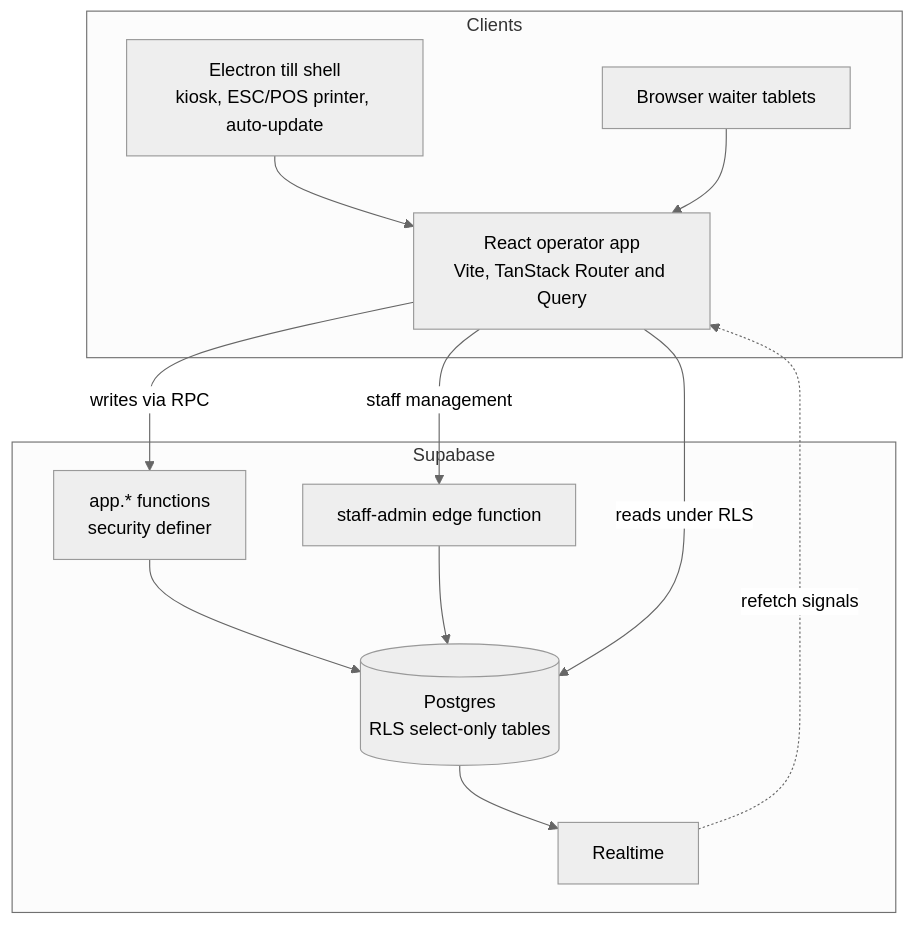
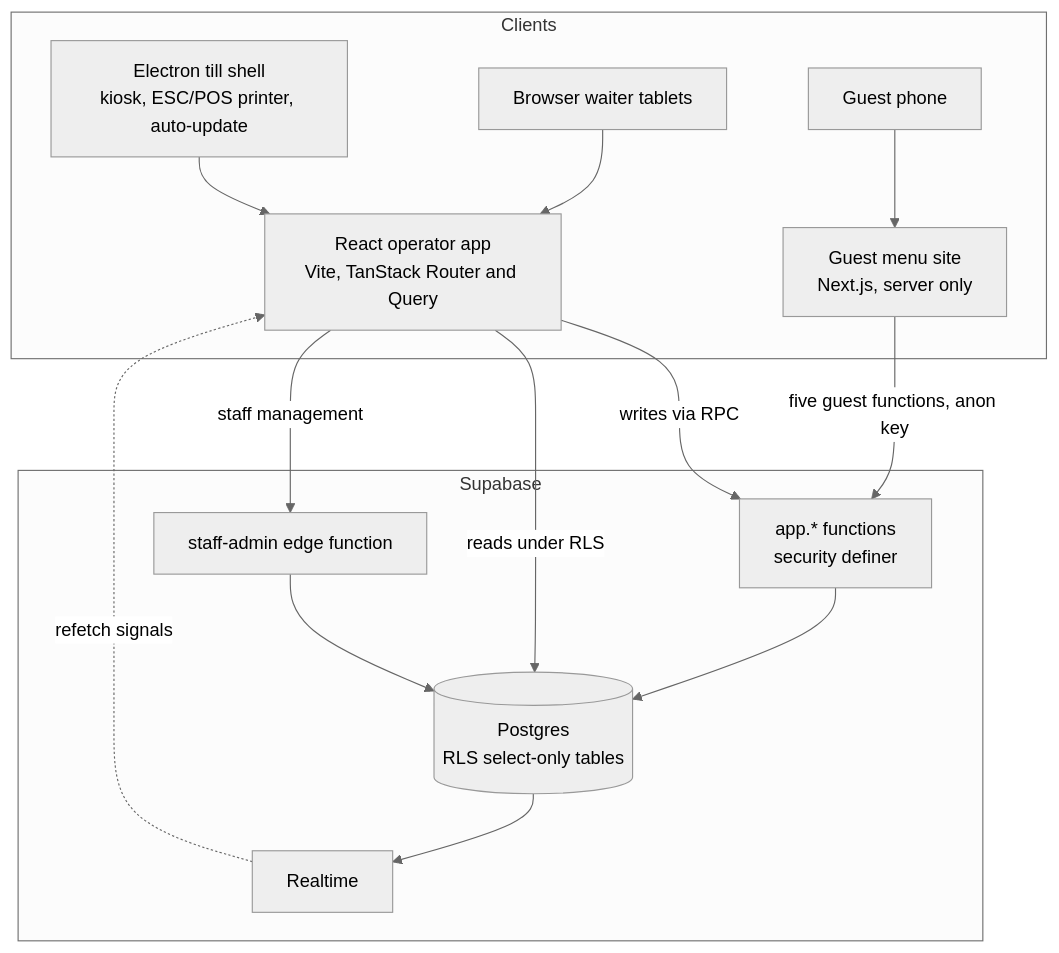
Before and after one commit to KaguSoftware/toofi-op: the second of 2 diagrams in README.md, drawn with Mermaid (neutral theme). The commit also changed other lines of this file and 6 other files, not shown here.

Commit message:
Docs for the QR menu: guest site and staff inbox in DESIGN, the Guest user and photo rule in PRODUCT, hosting checklist in HANDOFF, spec, glossary, README and plan

````diff
--- a/README.md
+++ b/README.md
@@ -147,23 +162,25 @@
 ```mermaid
 flowchart TB
     subgraph Clients
         T["Electron till shell<br/>kiosk, ESC/POS printer, auto-update"]
         B["Browser waiter tablets"]
         APP["React operator app<br/>Vite, TanStack Router and Query"]
         T --> APP
         B --> APP
+        G["Guest phone"] --> GS["Guest menu site<br/>Next.js, server only"]
     end
     subgraph Supabase
         FN["app.* functions<br/>security definer"]
         PG[("Postgres<br/>RLS select-only tables")]
         RT["Realtime"]
         EF["staff-admin edge function"]
         FN --> PG
         PG --> RT
         EF --> PG
     end
     APP -- "writes via RPC" --> FN
     APP -- "reads under RLS" --> PG
     RT -. "refetch signals" .-> APP
     APP -- "staff management" --> EF
+    GS -- "five guest functions, anon key" --> FN
 ```
````
